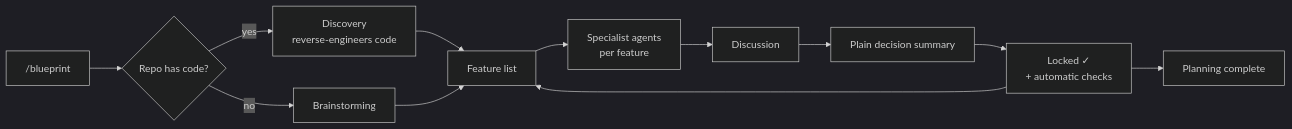
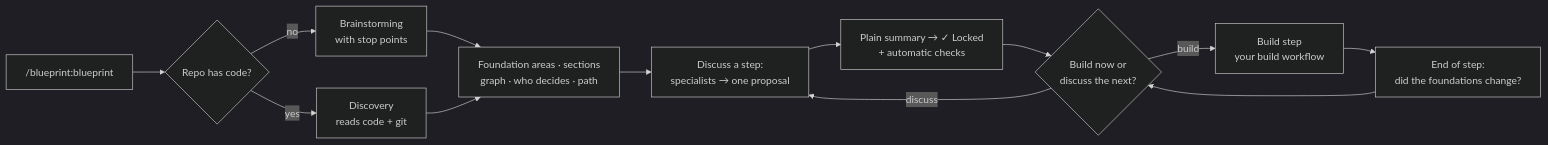
One commit to FreddyZeta1847/blueprint changed the diagram in README.md. Above: the diagram before and after it, drawn with Mermaid (dark theme). The commit also changed other lines of this file and 36 other files, not shown here.

First line of the commit message:
release v2.0.0: discuss only the foundations, versioned vault, Markdown decisions

````diff
--- a/README.md
+++ b/README.md
@@ -32,14 +33,15 @@
 ```mermaid
 flowchart LR
-    A["/blueprint"] --> B{Repo has code?}
-    B -- no --> C[Brainstorming]
-    B -- yes --> D[Discovery<br/>reverse-engineers code]
+    A["/blueprint:blueprint"] --> B{Repo has code?}
+    B -- no --> C[Brainstorming<br/>with stop points]
+    B -- yes --> D[Discovery<br/>reads code + git]
+    C --> E[Foundation areas · sections<br/>graph · who decides · path]
     D --> E
-    C --> E[Feature list]
-    E --> F[Specialist agents<br/>per feature]
-    F --> G[Discussion]
-    G --> H[Plain decision summary]
-    H --> I["Locked ✓<br/>+ automatic checks"]
-    I --> E
-    I --> J[Planning complete]
+    E --> F[Discuss a step:<br/>specialists → one proposal]
+    F --> G["Plain summary → ✓ Locked<br/>+ automatic checks"]
+    G --> H{Build now or<br/>discuss the next?}
+    H -- discuss --> F
+    H -- build --> I[Build step<br/>your build workflow]
+    I --> J["End of step:<br/>did the foundations change?"]
+    J --> H
 ```
````
